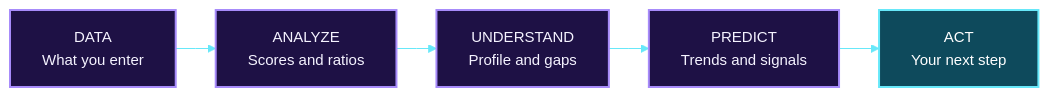
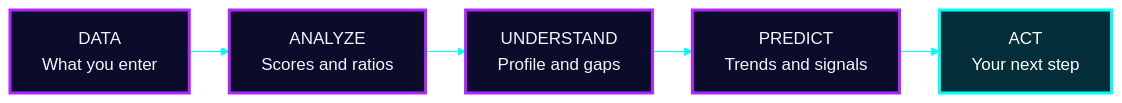
One commit to Mansi232323/MANSHORA changed the first of 17 diagrams in README.md. Above: the diagram before and after it, drawn with Mermaid. The commit also changed other lines of this file, not shown here.

````diff
--- a/README.md
+++ b/README.md
@@ -52,12 +63,12 @@
 ```mermaid
-%%{init: {'theme':'base','themeVariables':{'fontSize':'15px','fontFamily':'Arial, Helvetica, sans-serif','primaryColor':'#1e1145','primaryTextColor':'#f5f3ff','primaryBorderColor':'#a78bfa','lineColor':'#67e8f9','textColor':'#f5f3ff','edgeLabelBackground':'#1e1145'},'flowchart':{'htmlLabels':true,'nodeSpacing':35,'rankSpacing':40,'padding':16,'curve':'linear'}}}%%
+%%{init: {'theme':'base','themeVariables':{'fontSize':'17px','fontFamily':'Arial, Helvetica, sans-serif','primaryColor':'#0b0b2a','primaryTextColor':'#f5f3ff','primaryBorderColor':'#b026ff','lineColor':'#00fff7','textColor':'#f5f3ff','edgeLabelBackground':'#0b0b2a'},'flowchart':{'htmlLabels':true,'nodeSpacing':35,'rankSpacing':40,'padding':16,'curve':'linear'}}}%%
 flowchart LR
     A["DATA<br/>What you enter"] --> B["ANALYZE<br/>Scores and ratios"]
     B --> C["UNDERSTAND<br/>Profile and gaps"]
     C --> D["PREDICT<br/>Trends and signals"]
     D --> E["ACT<br/>Your next step"]
-    classDef step fill:#1e1145,stroke:#a78bfa,stroke-width:2px,color:#f5f3ff
-    classDef goal fill:#0e4a5c,stroke:#67e8f9,stroke-width:2px,color:#ffffff
+    classDef step fill:#0b0b2a,stroke:#b026ff,stroke-width:3px,color:#f5f3ff
+    classDef goal fill:#042f3a,stroke:#00fff7,stroke-width:3px,color:#ffffff
     class A,B,C,D step
     class E goal
 ```
````
